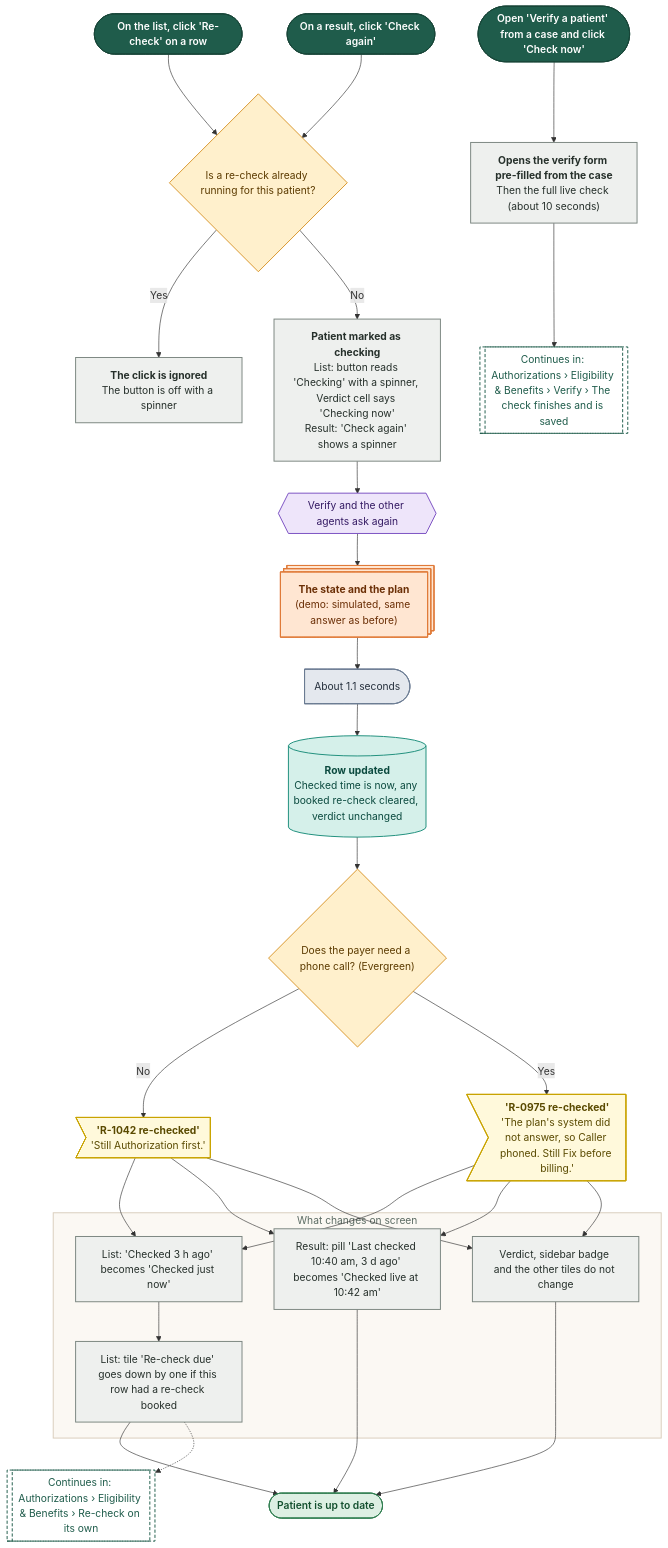
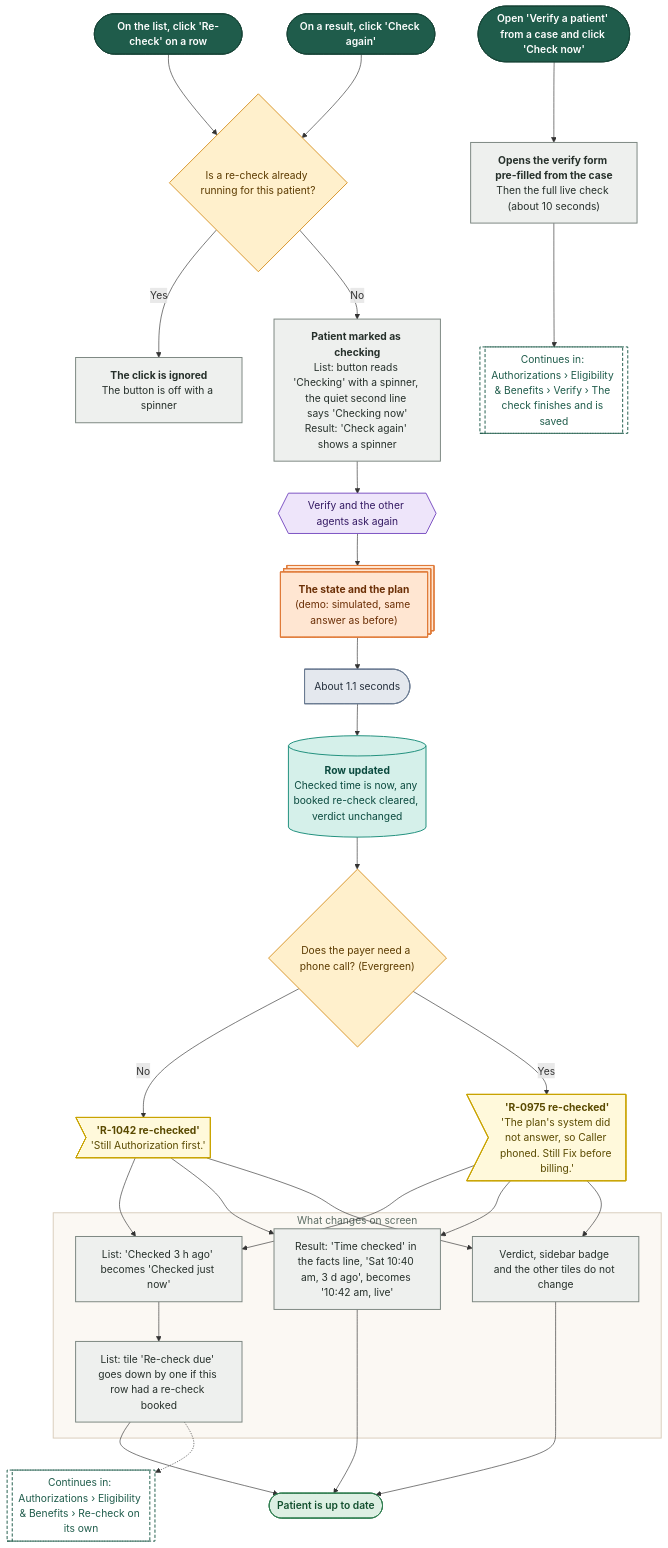
One commit to Shrav143/psyfloapp changed the diagram in demos/prior-auth-demo/workflows/out/mmd/05-eligibility/50-recheck.mmd. Above: the diagram before and after it, drawn with Mermaid. The commit also changed 192 other files, not shown here.

First line of the commit message:
docs: changelog by sidebar tab; README, diagrams and Settings layout aligned with the refinement; shared InfoTip; referral cost-share line

```diff
--- a/demos/prior-auth-demo/workflows/out/mmd/05-eligibility/50-recheck.mmd
+++ b/demos/prior-auth-demo/workflows/out/mmd/05-eligibility/50-recheck.mmd
@@ -1,65 +1,65 @@
 %%{init: {"theme":"base","themeVariables":{"fontFamily":"'DM Sans', 'Segoe UI', system-ui, sans-serif","fontSize":"15px","lineColor":"#5B6B63","primaryTextColor":"#1C2B25","clusterBkg":"#FBF8F3","clusterBorder":"#D9CDBB","edgeLabelBackground":"#FFFFFF"},"flowchart":{"curve":"basis","nodeSpacing":36,"rankSpacing":48,"padding":12,"htmlLabels":true,"useMaxWidth":false,"wrappingWidth":230}} }%%
 flowchart TD
   classDef k_start fill:#1F5C4B,stroke:#174638,color:#FFFFFF,stroke-width:1.5px,font-weight:600
   classDef k_end fill:#DDEFE3,stroke:#2E7D4F,color:#14502F,stroke-width:1.5px,font-weight:600
   classDef k_endx fill:#FBE3E0,stroke:#C0392B,color:#7A1F16,stroke-width:1.5px,font-weight:600
   classDef k_screen fill:#FFFDF8,stroke:#1F5C4B,color:#1C2B25,stroke-width:2px
   classDef k_overlay fill:#F1F7F3,stroke:#1F5C4B,color:#1C2B25,stroke-width:2px,stroke-dasharray:5 3
   classDef k_click fill:#DCEBFA,stroke:#2F6DB5,color:#12365F,stroke-width:1.5px
   classDef k_input fill:#E4E7FF,stroke:#4C5FD5,color:#1D2670,stroke-width:1.5px
   classDef k_process fill:#EEF0EE,stroke:#7A857F,color:#26302B,stroke-width:1.5px
   classDef k_agent fill:#EEE5FA,stroke:#7A4FC2,color:#341A63,stroke-width:1.5px
   classDef k_decision fill:#FFF0CC,stroke:#D9962B,color:#5C3B00,stroke-width:1.5px
   classDef k_store fill:#D5F0EA,stroke:#1C8E7B,color:#0B4A3F,stroke-width:1.5px
   classDef k_doc fill:#F6E9DC,stroke:#B07A4C,color:#4A2E14,stroke-width:1.5px
   classDef k_ext fill:#FFE6D2,stroke:#E07B39,color:#6B2F06,stroke-width:1.5px
   classDef k_wait fill:#E4E8EE,stroke:#6B7C93,color:#26303D,stroke-width:1.5px
   classDef k_toast fill:#FFF9DB,stroke:#C9A400,color:#5A4A00,stroke-width:1.5px
   classDef k_goto fill:#FFFFFF,stroke:#1F5C4B,color:#1F5C4B,stroke-width:1.5px,stroke-dasharray:5 3
   a1@{ shape: stadium, label: "On the list, click 'Re-check' on a row" }
   a2@{ shape: stadium, label: "On a result, click 'Check again'" }
   a3@{ shape: stadium, label: "Open 'Verify a patient' from a case and click 'Check now'" }
   q1@{ shape: diam, label: "Is a re-check already running for this patient?" }
   p1@{ shape: rect, label: "<b>The click is ignored</b><br/>The button is off with a spinner" }
-  p2@{ shape: rect, label: "<b>Patient marked as checking</b><br/>List: button reads 'Checking' with a spinner, Verdict cell says 'Checking now'<br/>Result: 'Check again' shows a spinner" }
+  p2@{ shape: rect, label: "<b>Patient marked as checking</b><br/>List: button reads 'Checking' with a spinner, the quiet second line says 'Checking now'<br/>Result: 'Check again' shows a spinner" }
   g0@{ shape: hex, label: "Verify and the other agents ask again" }
   x1@{ shape: st-rect, label: "<b>The state and the plan</b><br/>(demo: simulated, same answer as before)" }
   w1@{ shape: delay, label: "About 1.1 seconds" }
   st1@{ shape: cyl, label: "<b>Row updated</b><br/>Checked time is now, any booked re-check cleared, verdict unchanged" }
   q2@{ shape: diam, label: "Does the payer need a phone call? (Evergreen)" }
   t1@{ shape: odd, label: "<b>'R-1042 re-checked'</b><br/>'Still Authorization first.'" }
   t2@{ shape: odd, label: "<b>'R-0975 re-checked'</b><br/>'The plan's system did not answer, so Caller phoned. Still Fix before billing.'" }
   subgraph gAfter ["What changes on screen"]
   r1@{ shape: rect, label: "List: 'Checked 3 h ago' becomes 'Checked just now'" }
   r2@{ shape: rect, label: "List: tile 'Re-check due' goes down by one if this row had a re-check booked" }
-  r3@{ shape: rect, label: "Result: pill 'Last checked 10:40 am, 3 d ago' becomes 'Checked live at 10:42 am'" }
+  r3@{ shape: rect, label: "Result: 'Time checked' in the facts line, 'Sat 10:40 am, 3 d ago', becomes '10:42 am, live'" }
   r4@{ shape: rect, label: "Verdict, sidebar badge and the other tiles do not change" }
   end
   v1@{ shape: rect, label: "<b>Opens the verify form pre-filled from the case</b><br/>Then the full live check (about 10 seconds)" }
   g1@{ shape: subproc, label: "Continues in: Authorizations › Eligibility & Benefits › Verify › The check finishes and is saved" }
   g2@{ shape: subproc, label: "Continues in: Authorizations › Eligibility & Benefits › Re-check on its own" }
   e1@{ shape: stadium, label: "Patient is up to date" }
   a1 --> q1
   a2 --> q1
   q1 -->|"Yes"| p1
   q1 -->|"No"| p2 --> g0 --> x1 --> w1 --> st1 --> q2
   q2 -->|"No"| t1
   q2 -->|"Yes"| t2
   t1 --> r1 & r3 & r4
   t2 --> r1 & r3 & r4
   r1 --> r2 --> e1
   r3 --> e1
   r4 --> e1
   r2 -.-> g2
   a3 --> v1 --> g1
   class a1,a2,a3 k_start
   class q1,q2 k_decision
   class p1,p2,r1,r2,r3,r4,v1 k_process
   class g0 k_agent
   class x1 k_ext
   class w1 k_wait
   class st1 k_store
   class t1,t2 k_toast
   class g1,g2 k_goto
   class e1 k_end
   style gAfter fill:#FBF8F3,stroke:#D9CDBB,stroke-width:1.5px,color:#5B6B63
```
